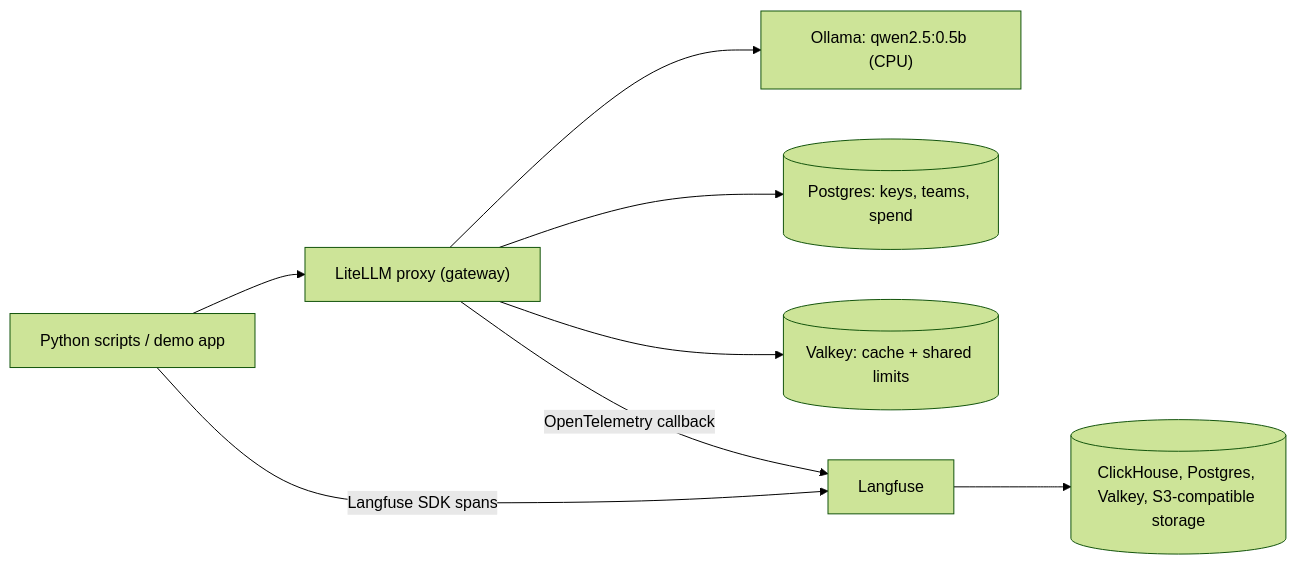
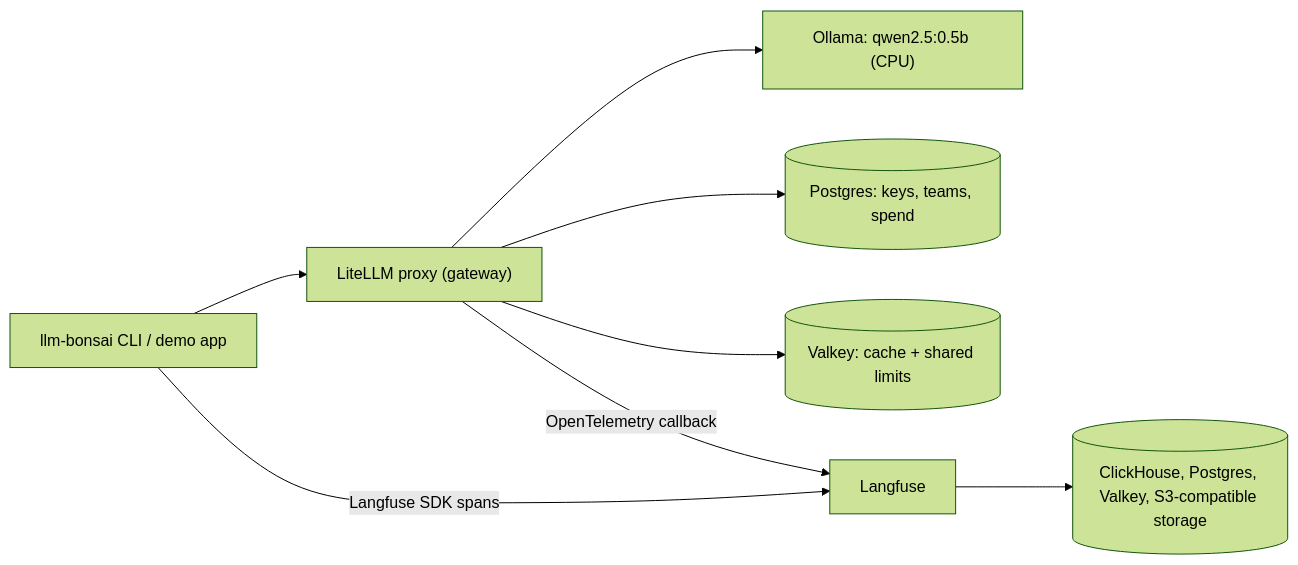
One commit to cauabernardino/llm-bonsai changed the diagram in README.md. Above: the diagram before and after it, drawn with Mermaid (forest theme). The commit also changed other lines of this file and 44 other files, not shown here.

First line of the commit message:
Package the tooling as the llm-bonsai CLI with per-command port-forwards (phase 4b)

````diff
--- a/README.md
+++ b/README.md
@@ -18,10 +18,10 @@
 ```mermaid
 flowchart LR
-  PY["Python scripts / demo app"] --> LL["LiteLLM proxy (gateway)"]
+  PY["llm-bonsai CLI / demo app"] --> LL["LiteLLM proxy (gateway)"]
   LL --> OL["Ollama: qwen2.5:0.5b (CPU)"]
   LL --> PG[("Postgres: keys, teams, spend")]
   LL --> VK[("Valkey: cache + shared limits")]
   LL -- "OpenTelemetry callback" --> LF["Langfuse"]
   PY -- "Langfuse SDK spans" --> LF
   LF --> LFS[("ClickHouse, Postgres, Valkey, S3-compatible storage")]
 ```
````
